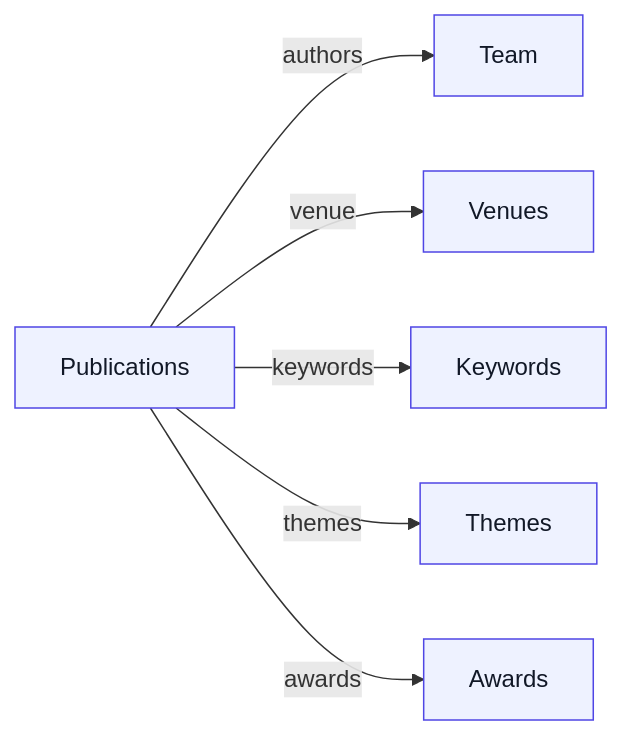
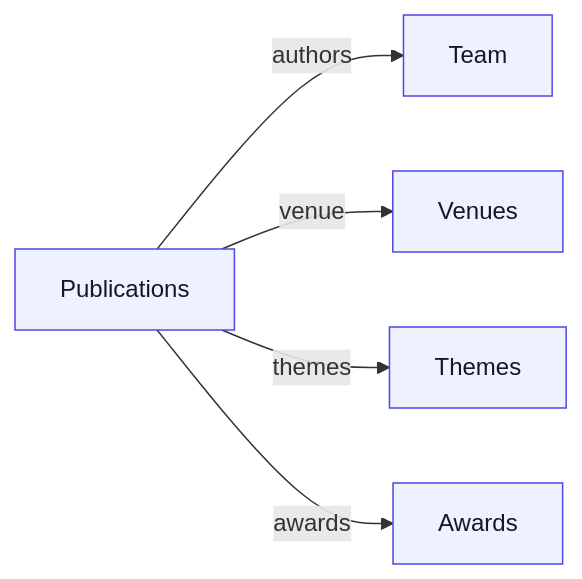
One commit to uzayer/labkit changed the second of 4 diagrams in docs/architecture/data-schema.md. Above: the diagram before and after it, drawn with Mermaid. The commit also changed other lines of this file and 6 other files, not shown here.

````diff
--- a/docs/architecture/data-schema.md
+++ b/docs/architecture/data-schema.md
@@ -94,17 +67,15 @@
 ```mermaid
 flowchart LR
   classDef collection fill:#EEF2FF,stroke:#4F46E5,stroke-width:1px,color:#111827;
 
   Publications:::collection
   Team:::collection
   Venues:::collection
-  Keywords:::collection
   Themes:::collection
   Awards:::collection
 
   Publications -->|authors| Team
   Publications -->|venue| Venues
-  Publications -->|keywords| Keywords
   Publications -->|themes| Themes
   Publications -->|awards| Awards
 ```
````
